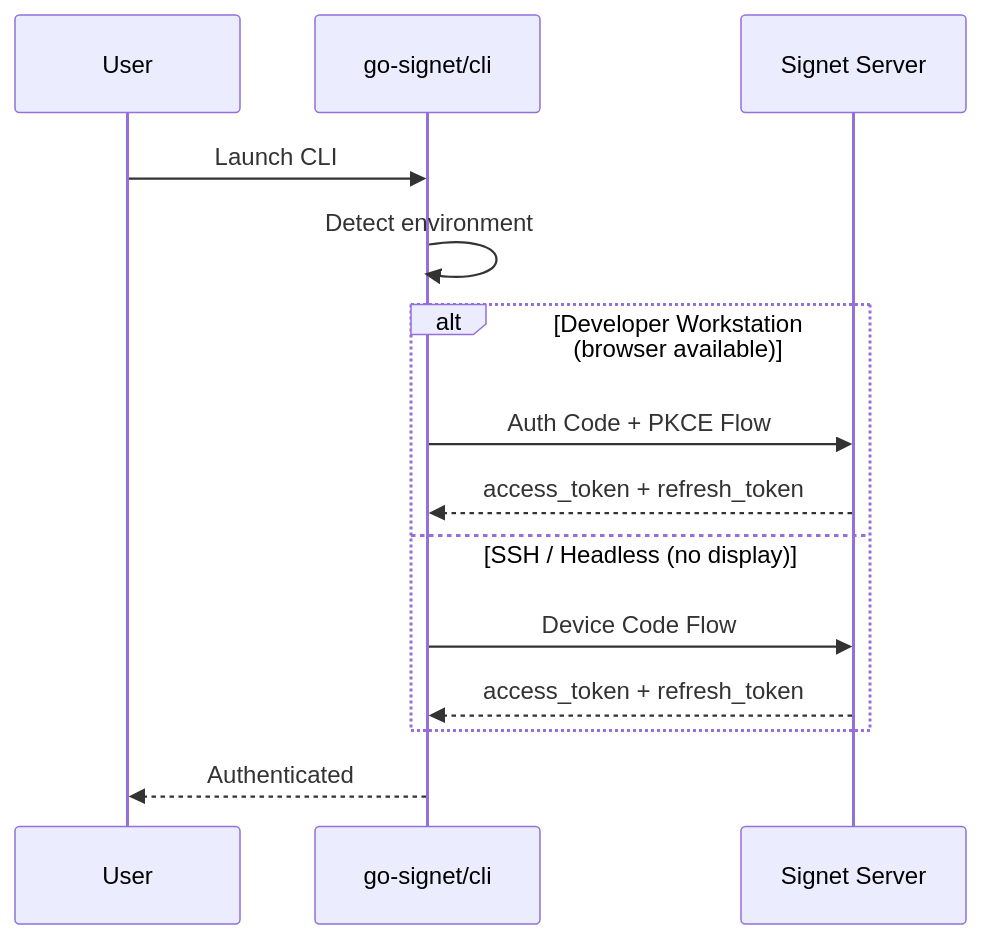
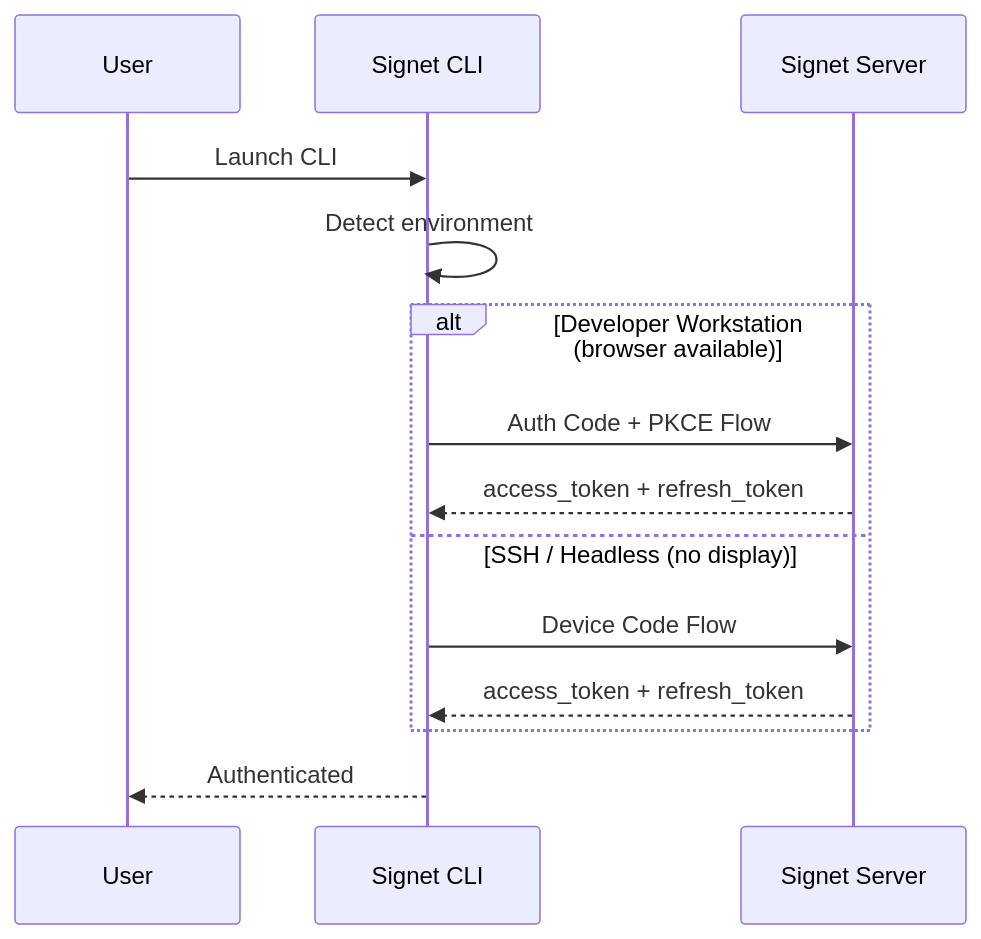
Before and after one commit to go-signet/.github: the fifth of 10 diagrams in profile/README.md, drawn with Mermaid. The commit also changed other lines of this file and 1 other file, not shown here.

Commit message:
docs: remove cli project from repository listings

````diff
--- a/profile/README.md
+++ b/profile/README.md
@@ -211,17 +210,17 @@
 ```mermaid
 sequenceDiagram
     participant User   as User
-    participant CLI    as go-signet/cli
+    participant CLI    as Signet CLI
     participant Server as Signet Server
 
     User->>CLI: Launch CLI
     CLI->>CLI: Detect environment
     alt Developer Workstation (browser available)
         CLI->>Server: Auth Code + PKCE Flow
         Server-->>CLI: access_token + refresh_token
     else SSH / Headless (no display)
         CLI->>Server: Device Code Flow
         Server-->>CLI: access_token + refresh_token
     end
     CLI-->>User: Authenticated
 ```
````
